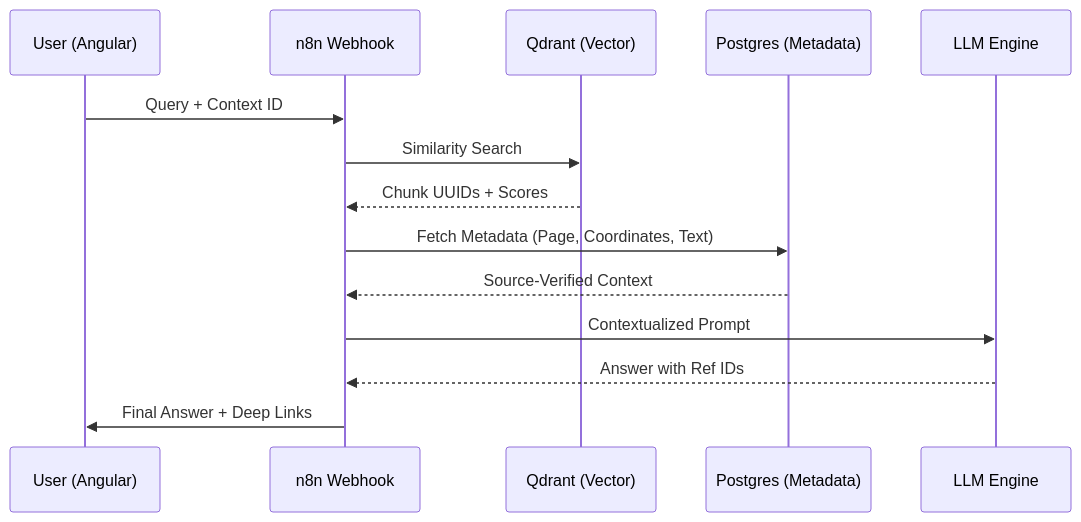
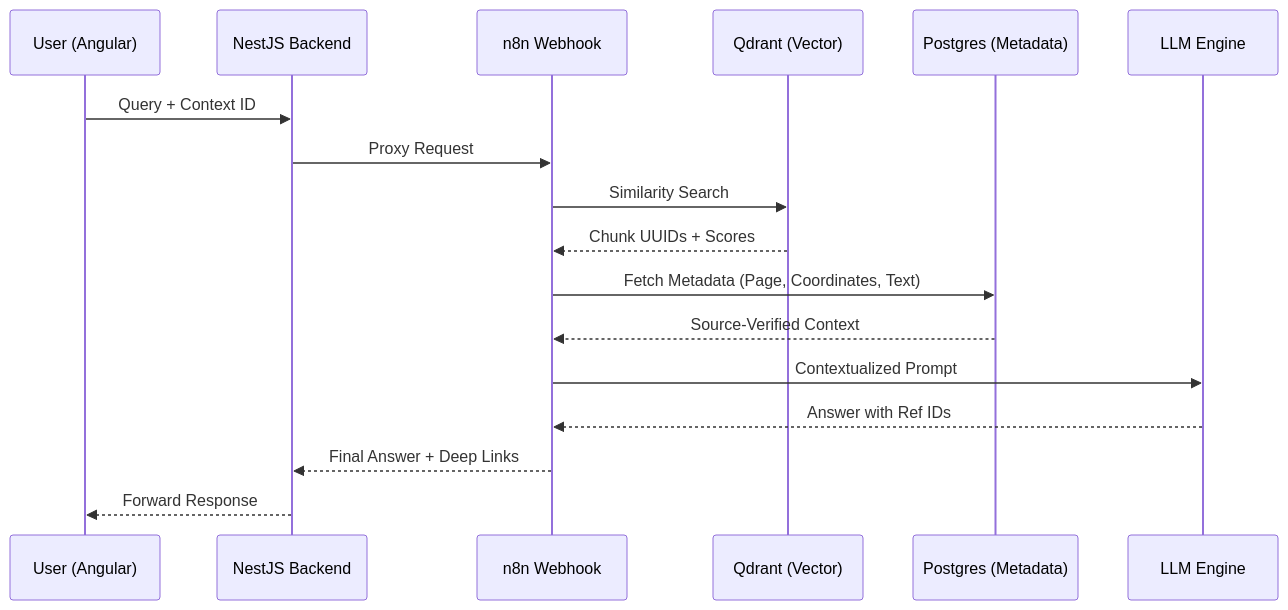
Before and after one commit to msbragi/RAG-System-Dist: the second of 2 diagrams in README.md, drawn with Mermaid. The commit also changed other lines of this file, not shown here.

Commit message:
Added backend as proxy

````diff
--- a/README.md
+++ b/README.md
@@ -69,17 +75,20 @@
 ```mermaid
 sequenceDiagram
     participant U as User (Angular)
+    participant B as NestJS Backend
     participant N as n8n Webhook
     participant Q as Qdrant (Vector)
     participant P as Postgres (Metadata)
     participant L as LLM Engine
 
-    U->>N: Query + Context ID
+    U->>B: Query + Context ID
+    B->>N: Proxy Request
     N->>Q: Similarity Search
     Q-->>N: Chunk UUIDs + Scores
     N->>P: Fetch Metadata (Page, Coordinates, Text)
     P-->>N: Source-Verified Context
     N->>L: Contextualized Prompt
     L-->>N: Answer with Ref IDs
-    N->>U: Final Answer + Deep Links
+    N-->>B: Final Answer + Deep Links
+    B-->>U: Forward Response
 ```
````
